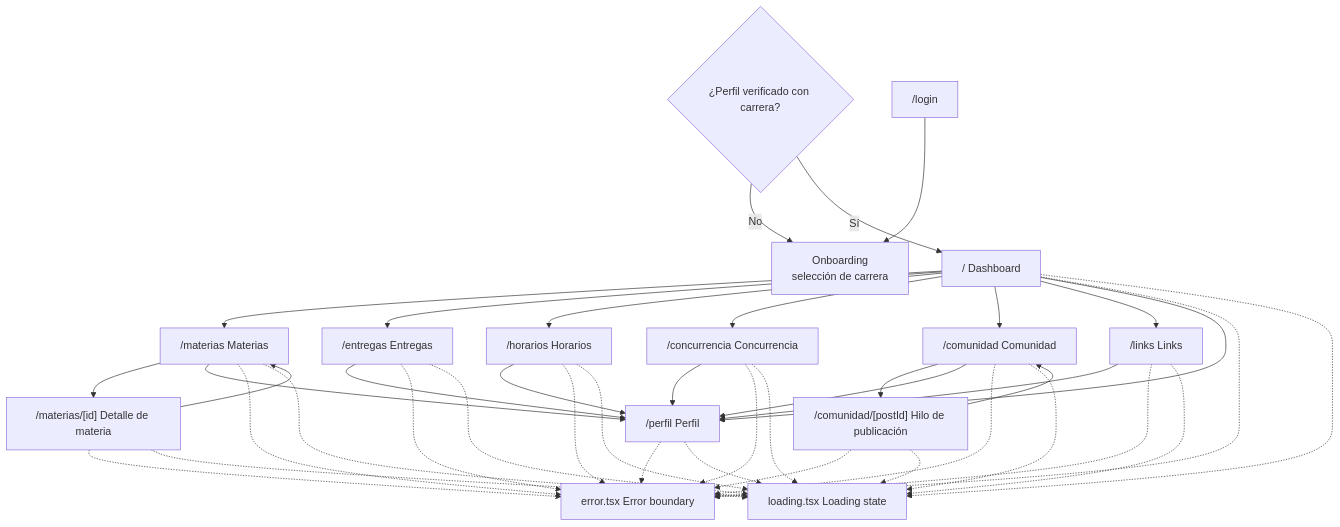
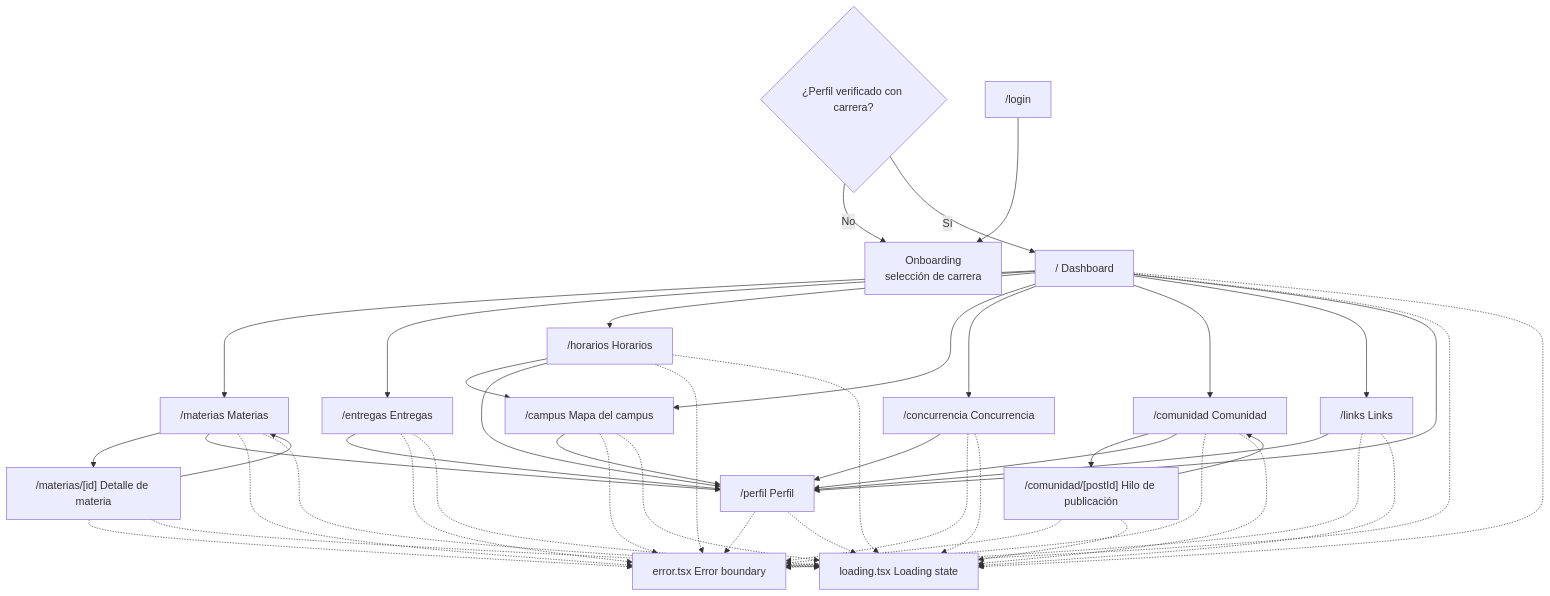
The first of 4 diagrams in wiki/Rutas-y-flujos.md (lautioliver/UcaNode), drawn with Mermaid before and after one commit. The commit also changed other lines of this file and 6 other files, not shown here.

First line of the commit message:
docs(campus): documentar el modulo de mapa del campus

````diff
--- a/wiki/Rutas-y-flujos.md
+++ b/wiki/Rutas-y-flujos.md
@@ -20,42 +20,46 @@
 ```mermaid
 flowchart TD
     Gate{"¿Perfil verificado con carrera?"}
     Login["/login"]
     Onb["Onboarding<br/>selección de carrera"]
     Root["/ Dashboard"]
     Mat["/materias Materias"]
     MatId["/materias/[id] Detalle de materia"]
     Ent["/entregas Entregas"]
     Hor["/horarios Horarios"]
+    Cam["/campus Mapa del campus"]
     Con["/concurrencia Concurrencia"]
     Com["/comunidad Comunidad"]
     ComId["/comunidad/[postId] Hilo de publicación"]
     Lnk["/links Links"]
     Per["/perfil Perfil"]
     Err["error.tsx Error boundary"]
     Ld["loading.tsx Loading state"]
 
     Gate -->|No| Onb
     Gate -->|Sí| Root
     Login --> Onb
     Root --> Mat
     Root --> Ent
     Root --> Hor
+    Root --> Cam
+    Hor --> Cam
     Root --> Con
     Root --> Com
     Com --> ComId
     ComId --> Com
     Root --> Lnk
     Mat --> MatId
     MatId --> Mat
     Root --> Per
     Mat --> Per
     Ent --> Per
     Hor --> Per
+    Cam --> Per
     Con --> Per
     Com --> Per
     Lnk --> Per
 
-    Root & Mat & MatId & Ent & Hor & Con & Com & ComId & Lnk & Per -.-> Err
-    Root & Mat & MatId & Ent & Hor & Con & Com & ComId & Lnk & Per -.-> Ld
+    Root & Mat & MatId & Ent & Hor & Cam & Con & Com & ComId & Lnk & Per -.-> Err
+    Root & Mat & MatId & Ent & Hor & Cam & Con & Com & ComId & Lnk & Per -.-> Ld
 ```
````
